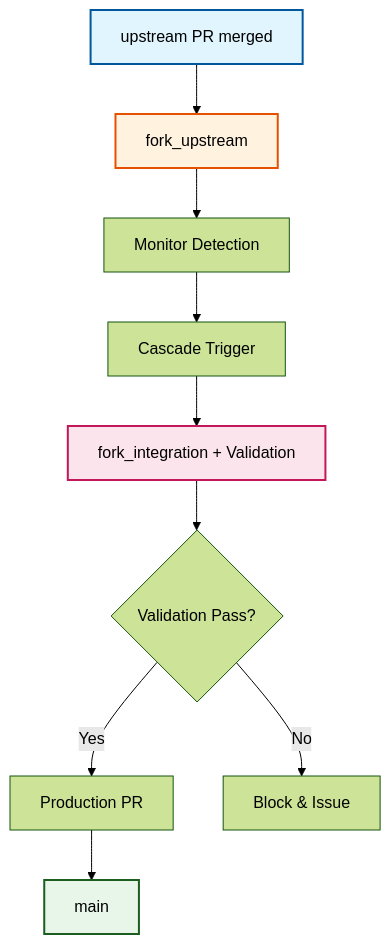
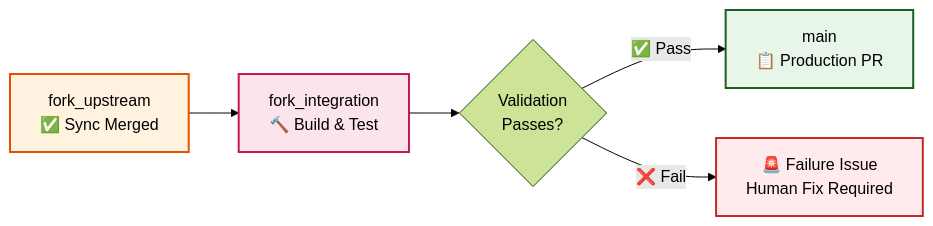
The diagram in doc/src/workflows/cascade.md (Azure/osdu-spi), drawn with Mermaid (forest theme) before and after one commit. The commit also changed other lines of this file and 30 other files, not shown here.

````diff
--- a/doc/src/workflows/cascade.md
+++ b/doc/src/workflows/cascade.md
@@ -13,16 +29,12 @@
 ```mermaid
-graph TD
-    A[upstream PR merged] --> B[fork_upstream]
-    B --> C[Monitor Detection]
-    C --> D[Cascade Trigger]
-    D --> E[fork_integration + Validation]
-    E --> F{Validation Pass?}
-    F -->|Yes| G[Production PR]
-    F -->|No| H[Block & Issue]
-    G --> I[main]
-    
-    style A fill:#e1f5fe,stroke:#01579b,stroke-width:2px
-    style B fill:#fff3e0,stroke:#e65100,stroke-width:2px
-    style E fill:#fce4ec,stroke:#c2185b,stroke-width:2px
-    style I fill:#e8f5e9,stroke:#1b5e20,stroke-width:2px
+flowchart LR
+    A[fork_upstream<br/>✅ Sync Merged] --> B[fork_integration<br/>🔨 Build & Test]
+    B --> C{Validation<br/>Passes?}
+    C -->|✅ Pass| D[main<br/>📋 Production PR]
+    C -->|❌ Fail| E[🚨 Failure Issue<br/>Human Fix Required]
+
+    style A fill:#fff3e0,stroke:#e65100,stroke-width:2px
+    style B fill:#fce4ec,stroke:#c2185b,stroke-width:2px
+    style D fill:#e8f5e9,stroke:#1b5e20,stroke-width:2px
+    style E fill:#ffebee,stroke:#c62828,stroke-width:2px
 ```
````
